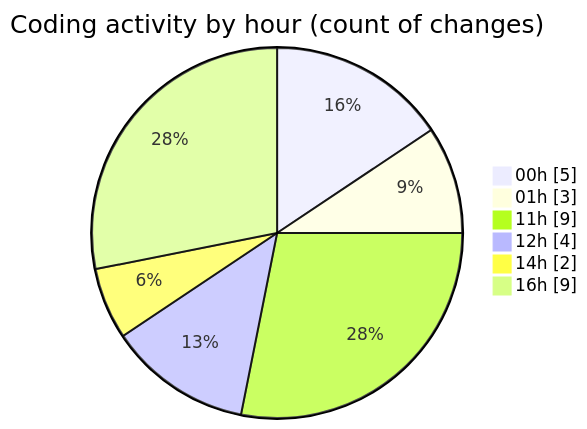
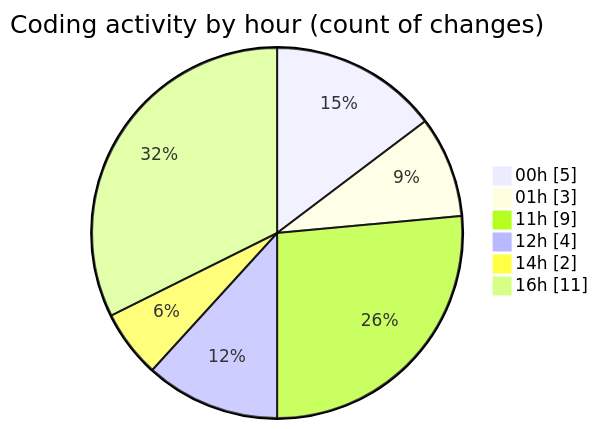
Before and after one commit to julien-gomy/code-tracking: the second of 2 diagrams in 2025-11-16/cdp_aleoudev_fr__workspace_/README.md, drawn with Mermaid. The commit also changed other lines of this file and 1 other file, not shown here.

````diff
--- a/2025-11-16/cdp_aleoudev_fr__workspace_/README.md
+++ b/2025-11-16/cdp_aleoudev_fr__workspace_/README.md
@@ -39,10 +39,10 @@
 ```mermaid
 pie showData
 title Coding activity by hour (count of changes)
 "00h" : 5
 "01h" : 3
 "11h" : 9
 "12h" : 4
 "14h" : 2
-"16h" : 9
+"16h" : 11
 ```
````
